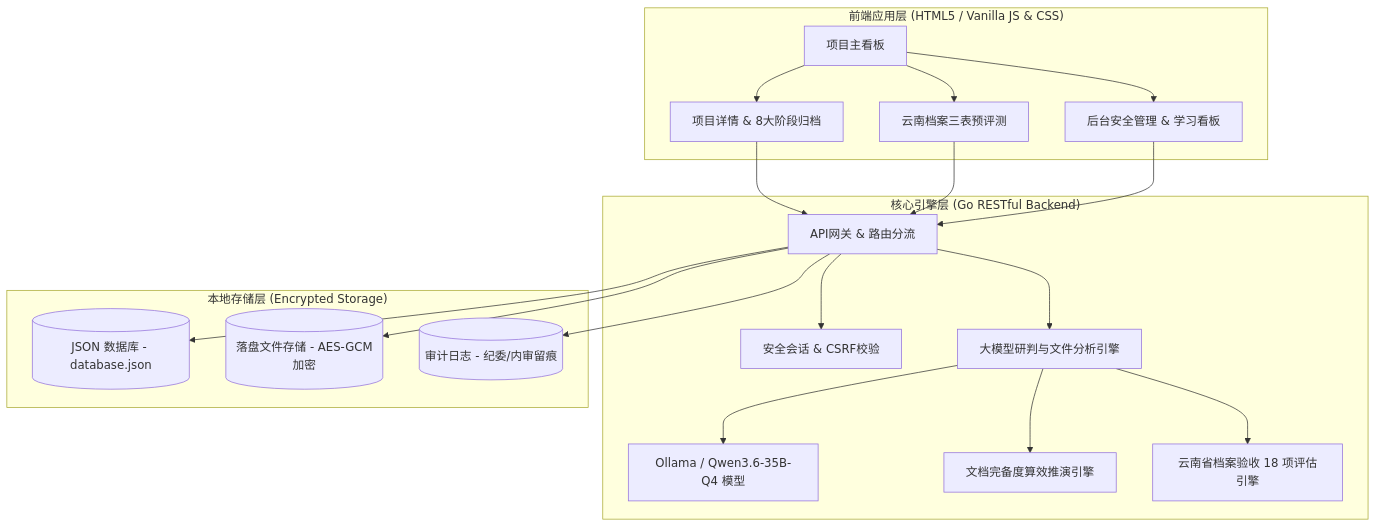
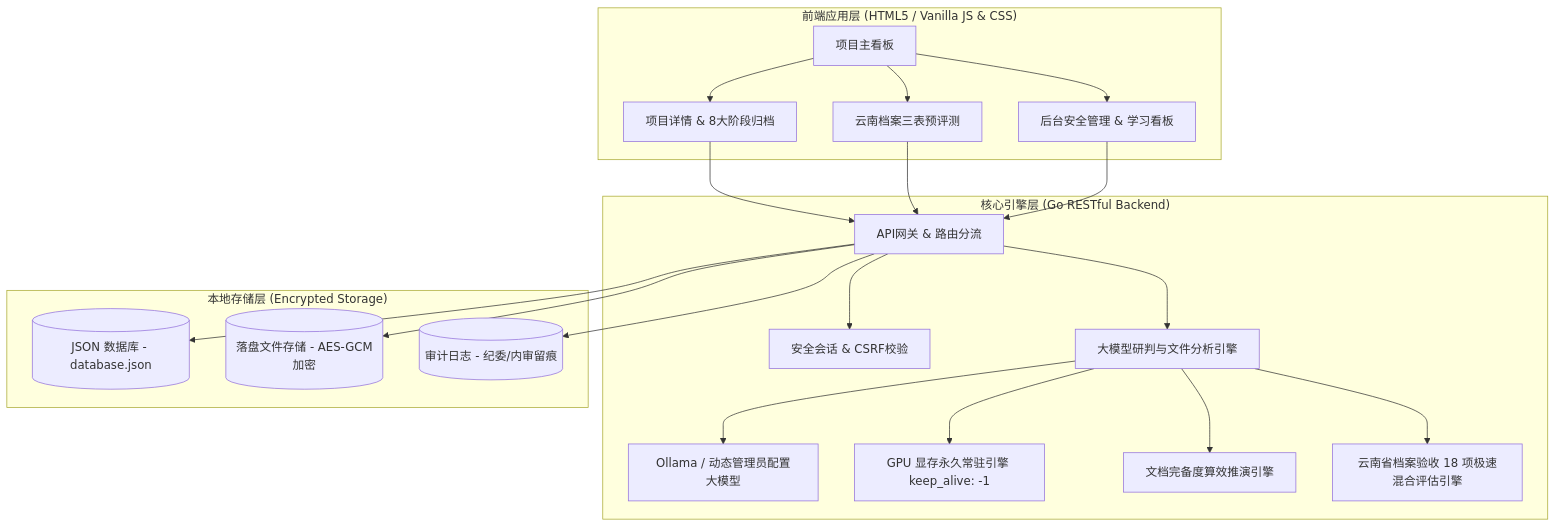
The diagram in README.md (iBubble/ProjectManager), drawn with Mermaid before and after one commit. The commit also changed other lines of this file and 12 other files, not shown here.

Commit message:
Update README and optimize LLM VRAM persistence and Knowledge Graph stats dashboard

````diff
--- a/README.md
+++ b/README.md
@@ -20,29 +20,30 @@
 ```mermaid
 graph TD
     subgraph FE ["前端应用层 (HTML5 / Vanilla JS & CSS)"]
         UI[项目主看板] --> Detail[项目详情 & 8大阶段归档]
         UI --> YunnanEval[云南档案三表预评测]
         UI --> AdminPanel[后台安全管理 & 学习看板]
     end
     
     subgraph BE ["核心引擎层 (Go RESTful Backend)"]
         API[API网关 & 路由分流] --> Auth[安全会话 & CSRF校验]
         API --> Engine[大模型研判与文件分析引擎]
-        Engine --> LLM[Ollama / Qwen3.6-35B-Q4 模型]
+        Engine --> LLM[Ollama / 动态管理员配置大模型]
+        Engine --> Warmup[GPU 显存永久常驻引擎 keep_alive: -1]
         Engine --> StageInference[文档完备度算效推演引擎]
-        Engine --> YunnanEngine[云南省档案验收 18 项评估引擎]
+        Engine --> YunnanEngine[云南省档案验收 18 项极速混合评估引擎]
     end
     
     subgraph DB ["本地存储层 (Encrypted Storage)"]
         JSON[(JSON 数据库 - database.json)]
         FS[(落盘文件存储 - AES-GCM加密)]
         Log[(审计日志 - 纪委/内审留痕)]
     end
 
     Detail --> API
     YunnanEval --> API
     AdminPanel --> API
     API --> JSON
     API --> FS
     API --> Log
 ```
````
